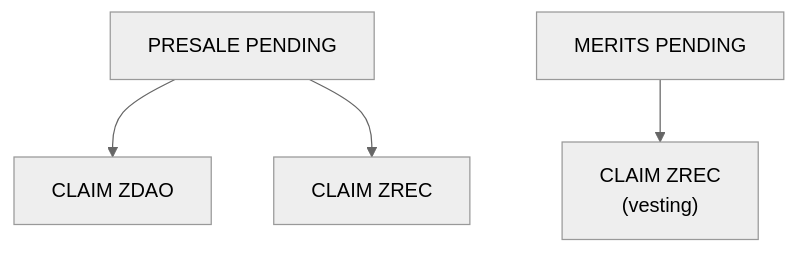
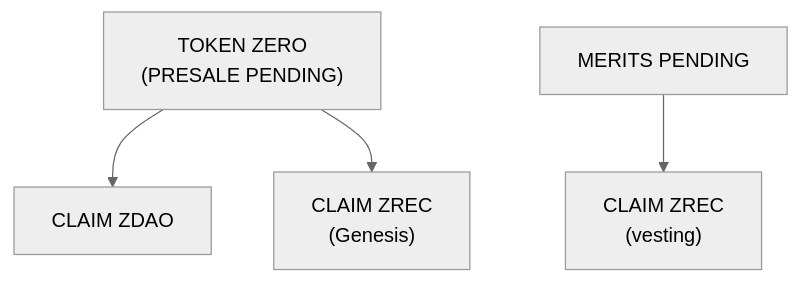
The first of 3 diagrams in docs/business-logic/02-genesis-phase.md (blockvault-ai/zero-energy), drawn with Mermaid (neutral theme) before and after one commit. The commit also changed other lines of this file and 8 other files, not shown here.

Commit message:
docs: introduce TOKEN ZERO presale denomination, knowledge base index

````diff
--- a/docs/business-logic/02-genesis-phase.md
+++ b/docs/business-logic/02-genesis-phase.md
@@ -47,6 +47,6 @@
 ```mermaid
 flowchart TD
-    A[PRESALE PENDING] --> B["CLAIM ZDAO"]
-    A --> C["CLAIM ZREC"]
+    A["TOKEN ZERO<br/>(PRESALE PENDING)"] --> B["CLAIM ZDAO"]
+    A --> C["CLAIM ZREC<br/>(Genesis)"]
     M[MERITS PENDING] --> Z["CLAIM ZREC<br/>(vesting)"]
 ```
````
